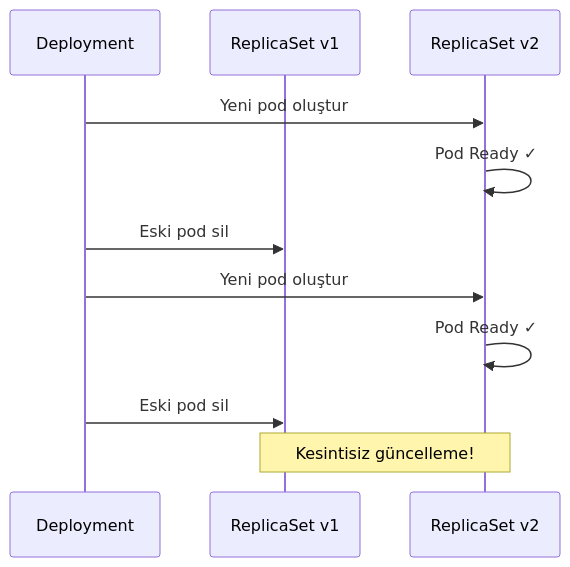
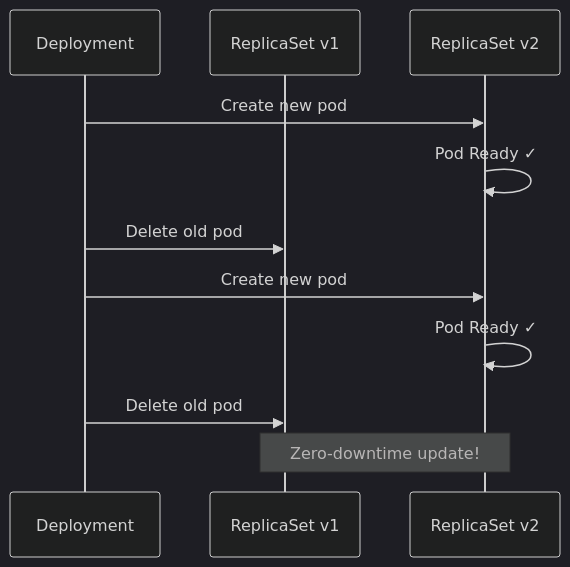
One commit to uzunenes/CKAD changed the third of 3 diagrams in labs/lab-03-deployments.md. Above: the diagram before and after it, drawn with Mermaid. The commit also changed other lines of this file and 15 other files, not shown here.

Commit message:
🌍 Complete English translation - All 17 labs translated with dark mermaid themes

````diff
--- a/labs/lab-03-deployments.md
+++ b/labs/lab-03-deployments.md
@@ -135,14 +137,15 @@
 ```mermaid
+%%{init: {'theme': 'dark'}}%%
 sequenceDiagram
     participant D as Deployment
     participant RS1 as ReplicaSet v1
     participant RS2 as ReplicaSet v2
     
-    D->>RS2: Yeni pod oluştur
+    D->>RS2: Create new pod
     RS2->>RS2: Pod Ready ✓
-    D->>RS1: Eski pod sil
-    D->>RS2: Yeni pod oluştur
+    D->>RS1: Delete old pod
+    D->>RS2: Create new pod
     RS2->>RS2: Pod Ready ✓
-    D->>RS1: Eski pod sil
-    Note over RS1,RS2: Kesintisiz güncelleme!
+    D->>RS1: Delete old pod
+    Note over RS1,RS2: Zero-downtime update!
 ```
````
